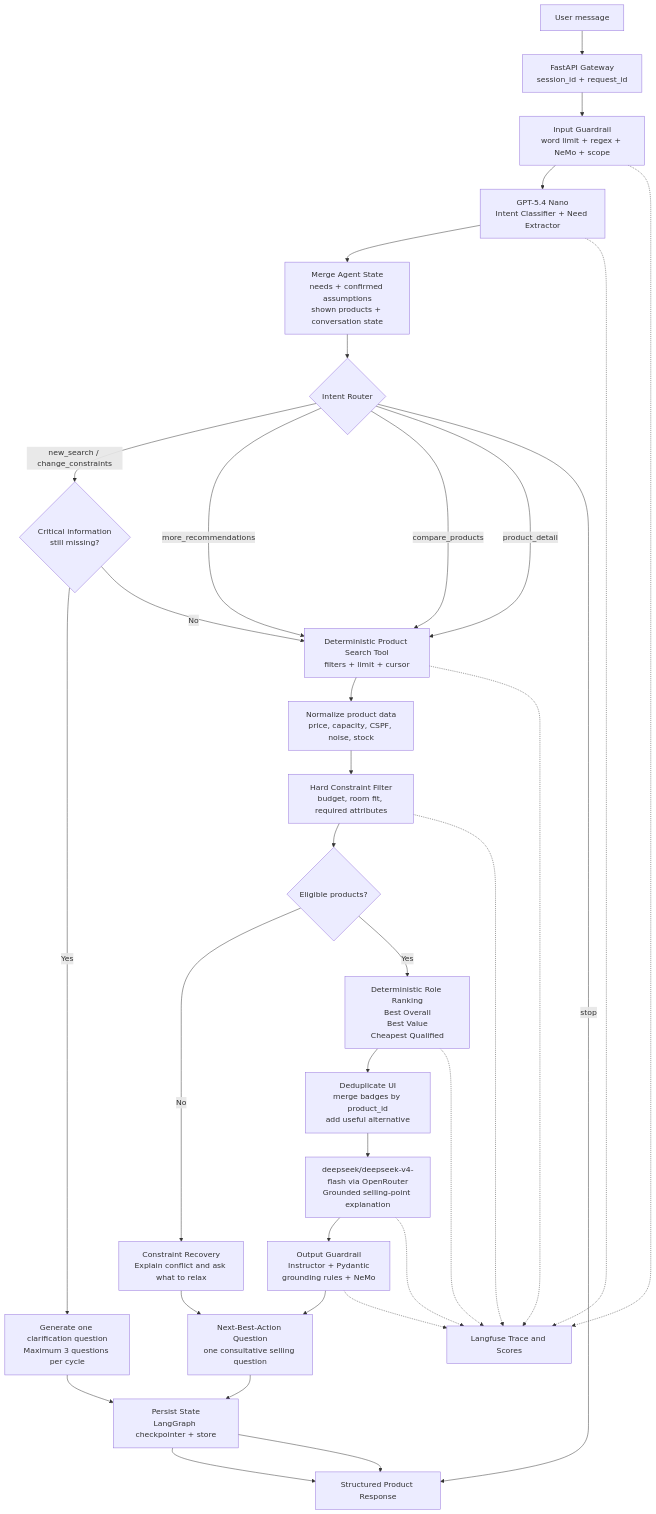
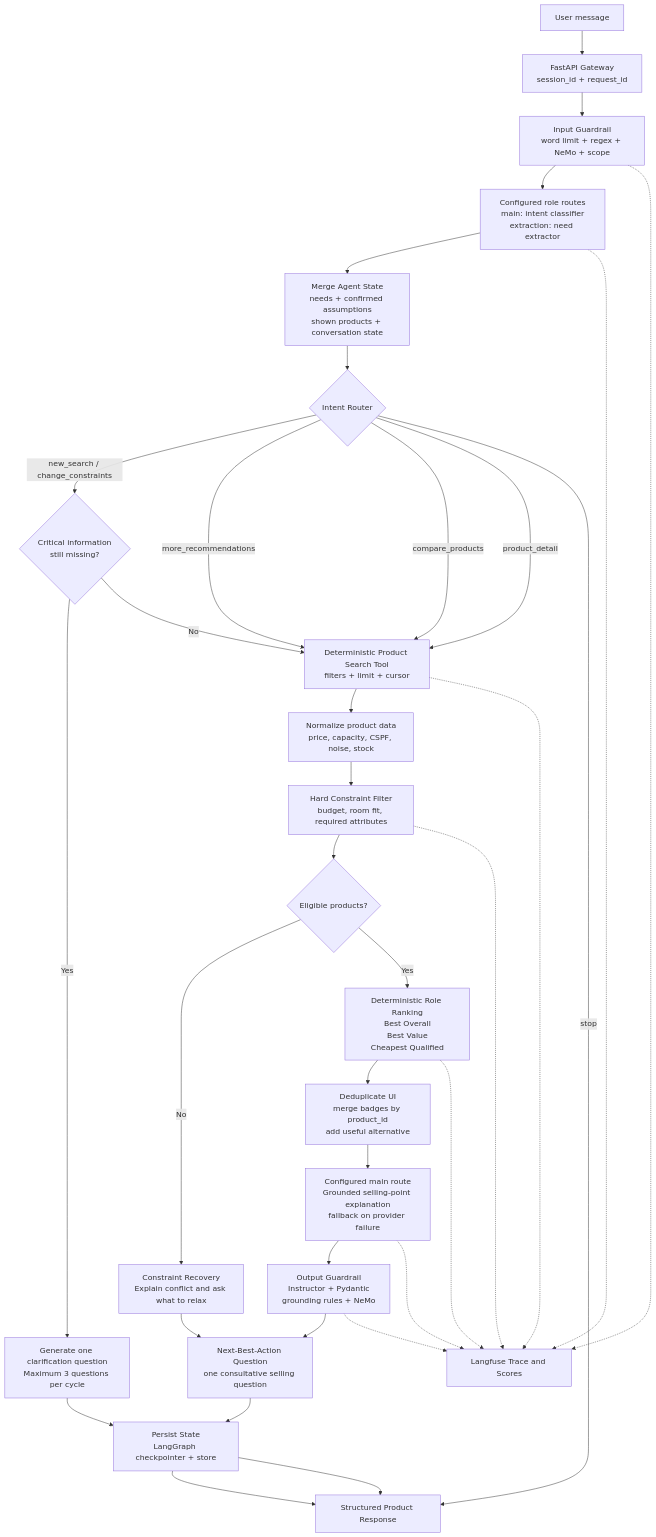
One commit to MathematicGuy/AI-Hackathon-2026 changed the diagram in WORKFLOW-MVP(4).md. Above: the diagram before and after it, drawn with Mermaid. The commit also changed other lines of this file and 5 other files, not shown here.

````diff
--- a/WORKFLOW-MVP(4).md
+++ b/WORKFLOW-MVP(4).md
@@ -91,70 +91,70 @@
 ```mermaid
 flowchart TD
     USER["User message"]
 
     API["FastAPI Gateway<br/>session_id + request_id"]
 
     INPUT_GUARD["Input Guardrail<br/>word limit + regex + NeMo + scope"]
 
-    INTENT["GPT-5.4 Nano<br/>Intent Classifier + Need Extractor"]
+    INTENT["Configured role routes<br/>main: intent classifier<br/>extraction: need extractor"]
 
     MERGE["Merge Agent State<br/>needs + confirmed assumptions<br/>shown products + conversation state"]
 
     ROUTER{"Intent Router"}
 
     CLARIFY{"Critical information<br/>still missing?"}
 
     ASK["Generate one clarification question<br/>Maximum 3 questions per cycle"]
 
     SEARCH["Deterministic Product Search Tool<br/>filters + limit + cursor"]
 
     NORMALIZE["Normalize product data<br/>price, capacity, CSPF, noise, stock"]
 
     FILTER["Hard Constraint Filter<br/>budget, room fit, required attributes"]
 
     AVAILABLE{"Eligible products?"}
 
     RECOVER["Constraint Recovery<br/>Explain conflict and ask what to relax"]
 
     RANK["Deterministic Role Ranking<br/>Best Overall<br/>Best Value<br/>Cheapest Qualified"]
 
     DEDUPE["Deduplicate UI<br/>merge badges by product_id<br/>add useful alternative"]
 
-    EXPLAIN["deepseek/deepseek-v4-flash via OpenRouter<br/>Grounded selling-point explanation"]
+    EXPLAIN["Configured main route<br/>Grounded selling-point explanation<br/>fallback on provider failure"]
 
     OUTPUT_GUARD["Output Guardrail<br/>Instructor + Pydantic<br/>grounding rules + NeMo"]
 
     NEXT["Next-Best-Action Question<br/>one consultative selling question"]
 
     MEMORY["Persist State<br/>LangGraph checkpointer + store"]
 
     TRACE["Langfuse Trace and Scores"]
 
     RESPONSE["Structured Product Response"]
 
     USER --> API --> INPUT_GUARD --> INTENT --> MERGE --> ROUTER
 
     ROUTER -- "new_search / change_constraints" --> CLARIFY
     CLARIFY -- "Yes" --> ASK --> MEMORY --> RESPONSE
     CLARIFY -- "No" --> SEARCH
 
     ROUTER -- "more_recommendations" --> SEARCH
     ROUTER -- "compare_products" --> SEARCH
     ROUTER -- "product_detail" --> SEARCH
     ROUTER -- "stop" --> RESPONSE
 
     SEARCH --> NORMALIZE --> FILTER --> AVAILABLE
 
     AVAILABLE -- "No" --> RECOVER --> NEXT
     AVAILABLE -- "Yes" --> RANK --> DEDUPE --> EXPLAIN --> OUTPUT_GUARD
 
     OUTPUT_GUARD --> NEXT --> MEMORY --> RESPONSE
 
     INPUT_GUARD -.-> TRACE
     INTENT -.-> TRACE
     SEARCH -.-> TRACE
     FILTER -.-> TRACE
     RANK -.-> TRACE
     EXPLAIN -.-> TRACE
     OUTPUT_GUARD -.-> TRACE
 ```
````
